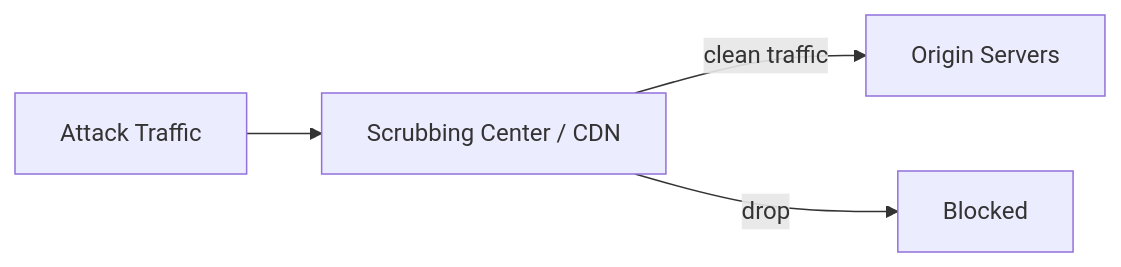
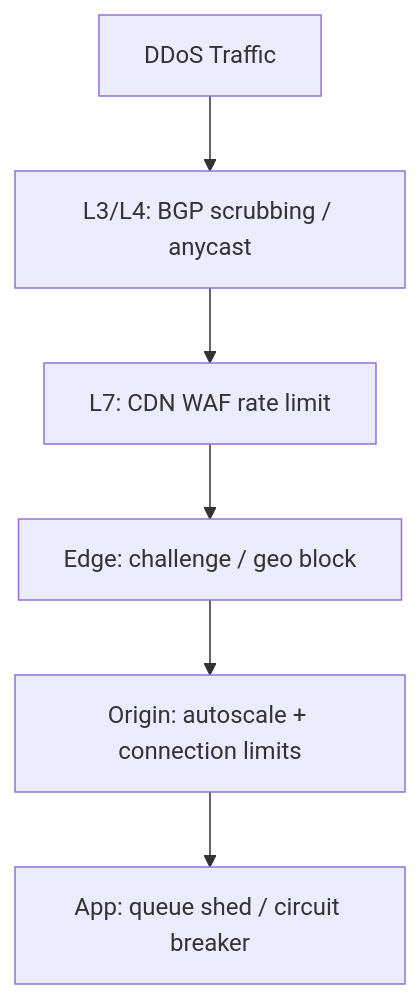
Before and after one commit to hareramcse/SystemDesign: diagram 23 of 26 in 10-security/README.md, drawn with Mermaid. The commit also changed other lines of this file and 11 other files, not shown here.

````diff
--- a/10-security/README.md
+++ b/10-security/README.md
@@ -1290,6 +1453,8 @@
 ```mermaid
-flowchart LR
-    Bots[Attack Traffic] --> Scrub[Scrubbing Center / CDN]
-    Scrub -->|clean traffic| Origin[Origin Servers]
-    Scrub -->|drop| Block[Blocked]
+flowchart TB
+    Attack[DDoS Traffic] --> L3[L3/L4: BGP scrubbing / anycast]
+    L3 --> L7[L7: CDN WAF rate limit]
+    L7 --> Edge[Edge: challenge / geo block]
+    Edge --> Origin[Origin: autoscale + connection limits]
+    Origin --> App[App: queue shed / circuit breaker]
 ```
````
